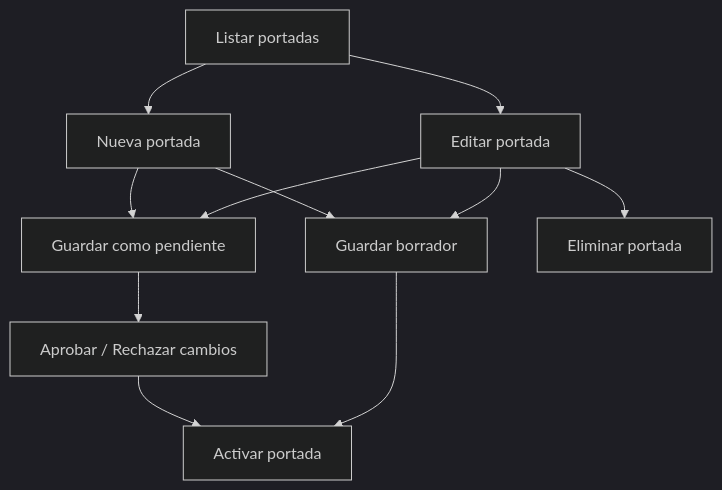
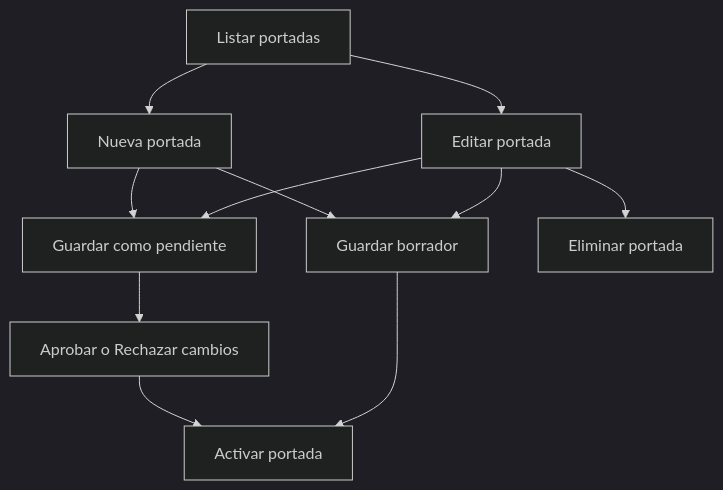
Before and after one commit to Erick1528/revista-mundo-real: the fourth of 7 diagrams in README.md, drawn with Mermaid (dark theme). The commit also changed other lines of this file, not shown here.

Commit message:
chore: update README diagrams for improved clarity and consistency, correcting labels and enhancing visual structure

````diff
--- a/README.md
+++ b/README.md
@@ -108,22 +108,22 @@
 ```mermaid
-flowchart TB
-  Listar["Listar portadas"]
-  Nueva["Nueva portada"]
-  Editar["Editar portada"]
-  Guardar["Guardar borrador"]
-  Pendiente["Guardar como pendiente"]
-  Activar["Activar portada"]
-  Aprobar["Aprobar / Rechazar cambios"]
-  Eliminar["Eliminar portada"]
+graph TB
+  Listar[Listar portadas]
+  Nueva[Nueva portada]
+  Editar[Editar portada]
+  Guardar[Guardar borrador]
+  Pendiente[Guardar como pendiente]
+  Activar[Activar portada]
+  Aprobar[Aprobar o Rechazar cambios]
+  Eliminar[Eliminar portada]
 
   Listar --> Nueva
   Listar --> Editar
   Nueva --> Guardar
   Nueva --> Pendiente
   Editar --> Guardar
   Editar --> Pendiente
   Pendiente --> Aprobar
   Aprobar --> Activar
   Guardar --> Activar
   Editar --> Eliminar
 ```
````
